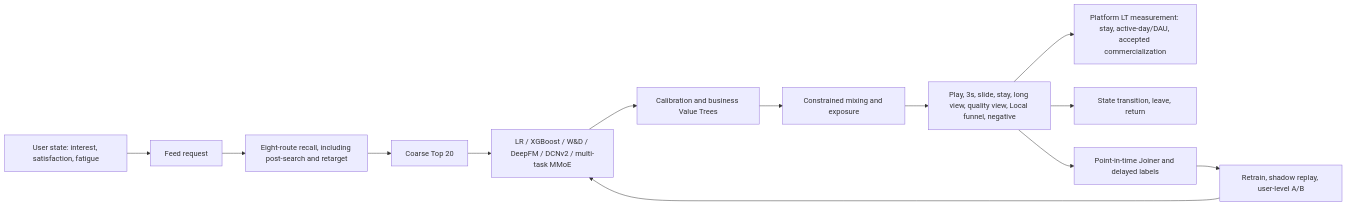
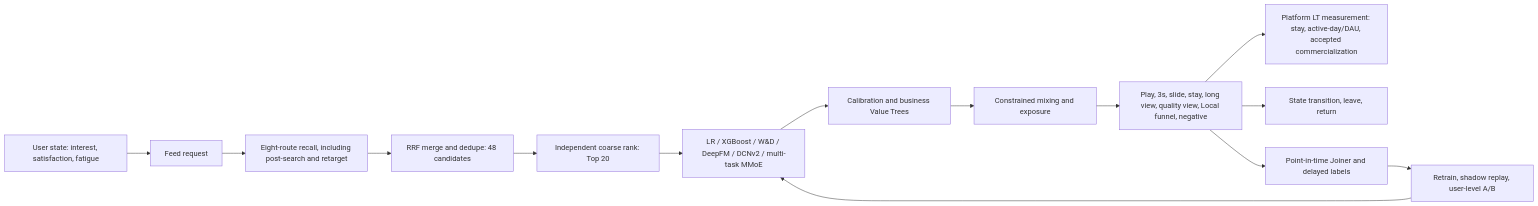
One commit to kleon1024/recsys-fid-system changed the second of 5 diagrams in README.md. Above: the diagram before and after it, drawn with Mermaid. The commit also changed other lines of this file and 37 other files, not shown here.

````diff
--- a/README.md
+++ b/README.md
@@ -236,15 +236,16 @@
 ```mermaid
 flowchart LR
     U["User state: interest, satisfaction, fatigue"] --> Q["Feed request"]
     Q --> R["Eight-route recall, including post-search and retarget"]
-    R --> C["Coarse Top 20"]
+    R --> M["RRF merge and dedupe: 48 candidates"]
+    M --> C["Independent coarse rank: Top 20"]
     C --> F["LR / XGBoost / W&D / DeepFM / DCNv2 / multi-task MMoE"]
     F --> V["Calibration and business Value Trees"]
     V --> E["Constrained mixing and exposure"]
     E --> A["Play, 3s, slide, stay, long view, quality view, Local funnel, negative"]
     A --> LT["Platform LT measurement: stay, active-day/DAU, accepted commercialization"]
     A --> S["State transition, leave, return"]
     A --> J["Point-in-time Joiner and delayed labels"]
     J --> T["Retrain, shadow replay, user-level A/B"]
     T --> F
 ```
````
